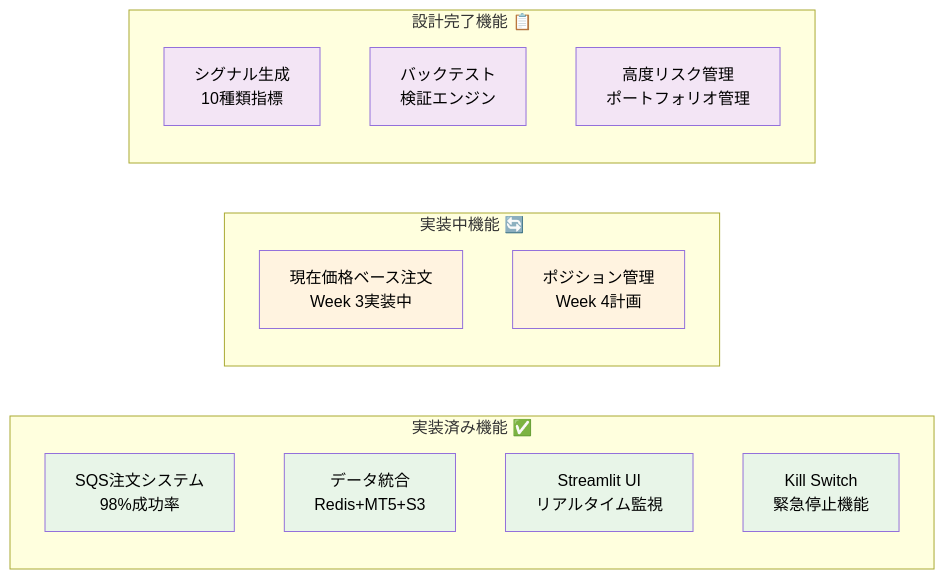
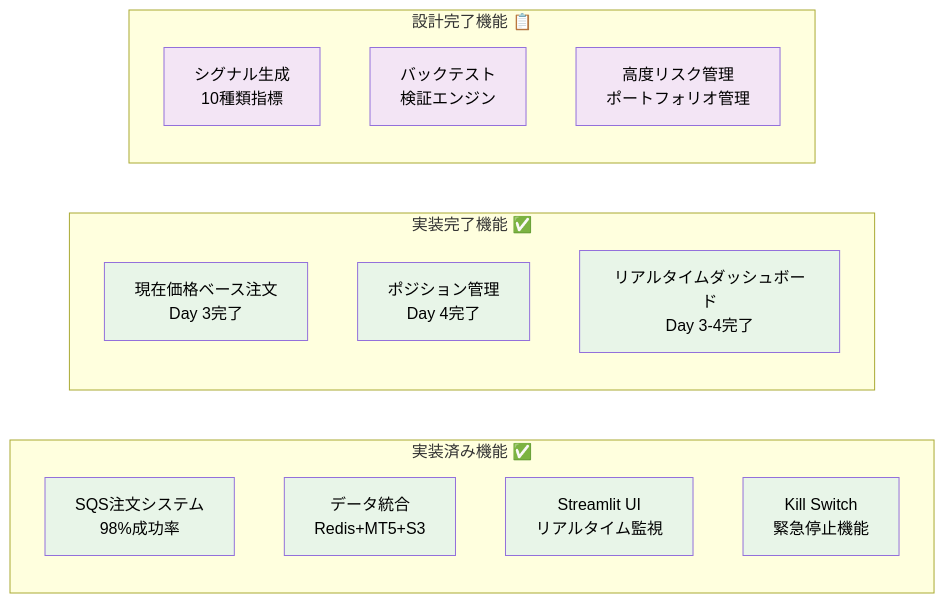
The first of 7 diagrams in docs/basic_design.md (Riki-22/axia-tss), drawn with Mermaid before and after one commit. The commit also changed other lines of this file and 5 other files, not shown here.

````diff
--- a/docs/basic_design.md
+++ b/docs/basic_design.md
@@ -30,28 +31,28 @@
 ```mermaid
 graph LR
     subgraph "実装済み機能 ✅"
         SQSOrder[SQS注文システム<br/>98%成功率]
         DataIntegration[データ統合<br/>Redis+MT5+S3]
         StreamlitUI[Streamlit UI<br/>リアルタイム監視]
         KillSwitch[Kill Switch<br/>緊急停止機能]
     end
     
-    subgraph "実装中機能 🔄"
-        CurrentPrice[現在価格ベース注文<br/>Week 3実装中]
-        PositionMgmt[ポジション管理<br/>Week 4計画]
+    subgraph "実装完了機能 ✅"
+        CurrentPrice[現在価格ベース注文<br/>Day 3完了]
+        PositionMgmt[ポジション管理<br/>Day 4完了]
+        Dashboard[リアルタイムダッシュボード<br/>Day 3-4完了]
     end
     
     subgraph "設計完了機能 📋"
         SignalGeneration[シグナル生成<br/>10種類指標]
         BacktestEngine[バックテスト<br/>検証エンジン]
         RiskMgmt[高度リスク管理<br/>ポートフォリオ管理]
     end
     
     classDef implemented fill:#e8f5e8,color:#000
     classDef implementing fill:#fff3e0,color:#000
     classDef designed fill:#f3e5f5,color:#000
     
-    class SQSOrder,DataIntegration,StreamlitUI,KillSwitch implemented
-    class CurrentPrice,PositionMgmt implementing
+    class SQSOrder,DataIntegration,StreamlitUI,KillSwitch,CurrentPrice,PositionMgmt,Dashboard implemented
     class SignalGeneration,BacktestEngine,RiskMgmt designed
 ```
````
